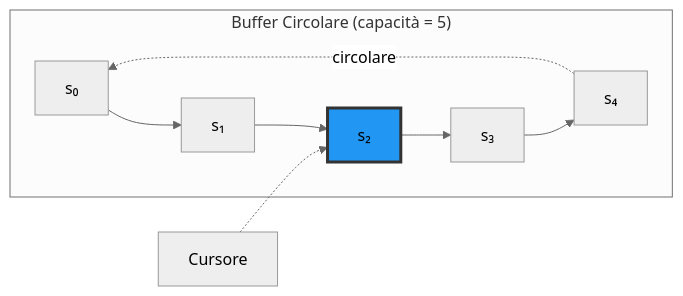
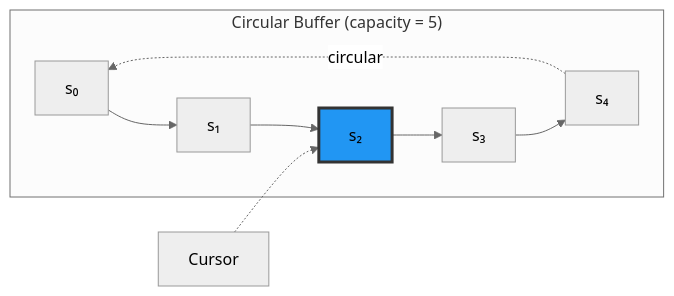
Before and after one commit to LucaSamore/Whodunnit: the third of 7 diagrams in docs/report/implementation/5-castellucci-versioning.md, drawn with Mermaid (neutral theme). The commit also changed other lines of this file and 1 other file, not shown here.

Commit message:
docs: update diagrams and figure captions

````diff
--- a/docs/report/implementation/5-castellucci-versioning.md
+++ b/docs/report/implementation/5-castellucci-versioning.md
@@ -116,12 +120,12 @@
 ```mermaid
 graph LR
-    subgraph "Buffer Circolare (capacità = 5)"
+    subgraph "Circular Buffer (capacity = 5)"
         S0[s₀] --> S1[s₁]
         S1 --> S2[s₂]
         S2 --> S3[s₃]
         S3 --> S4[s₄]
-        S4 -.circolare.-> S0
+        S4 -.circular.-> S0
     end
-    C[Cursore] -.-> S2
+    C[Cursor] -.-> S2
     style S2 fill:#2196F3,stroke:#333,stroke-width:3px
 ```
````
